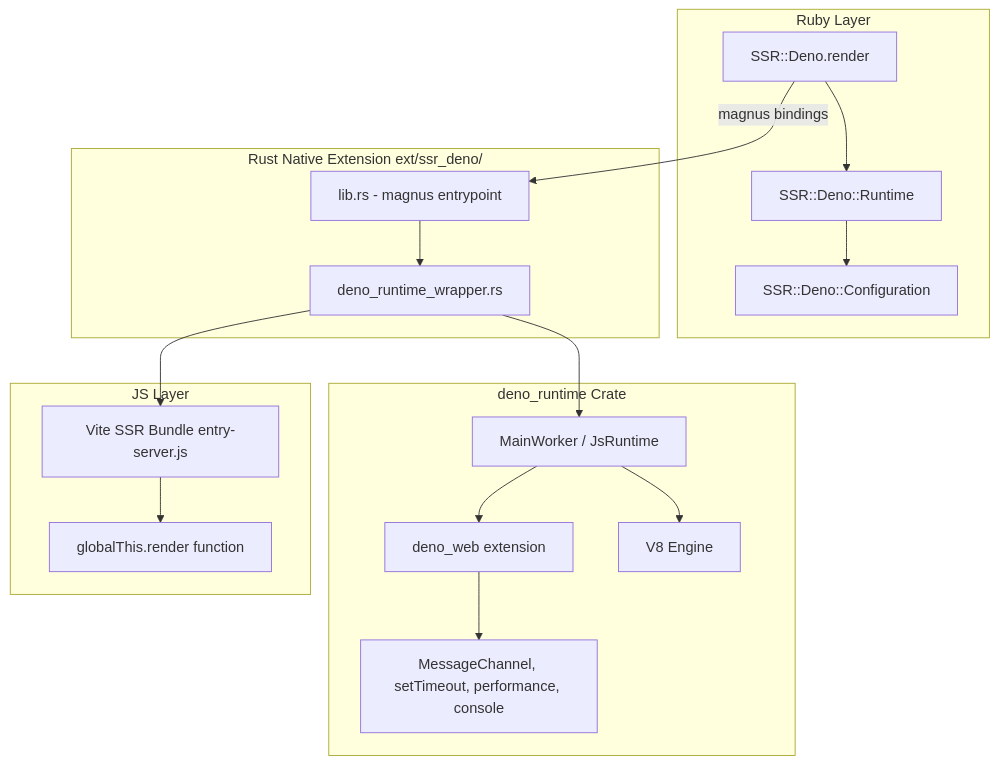
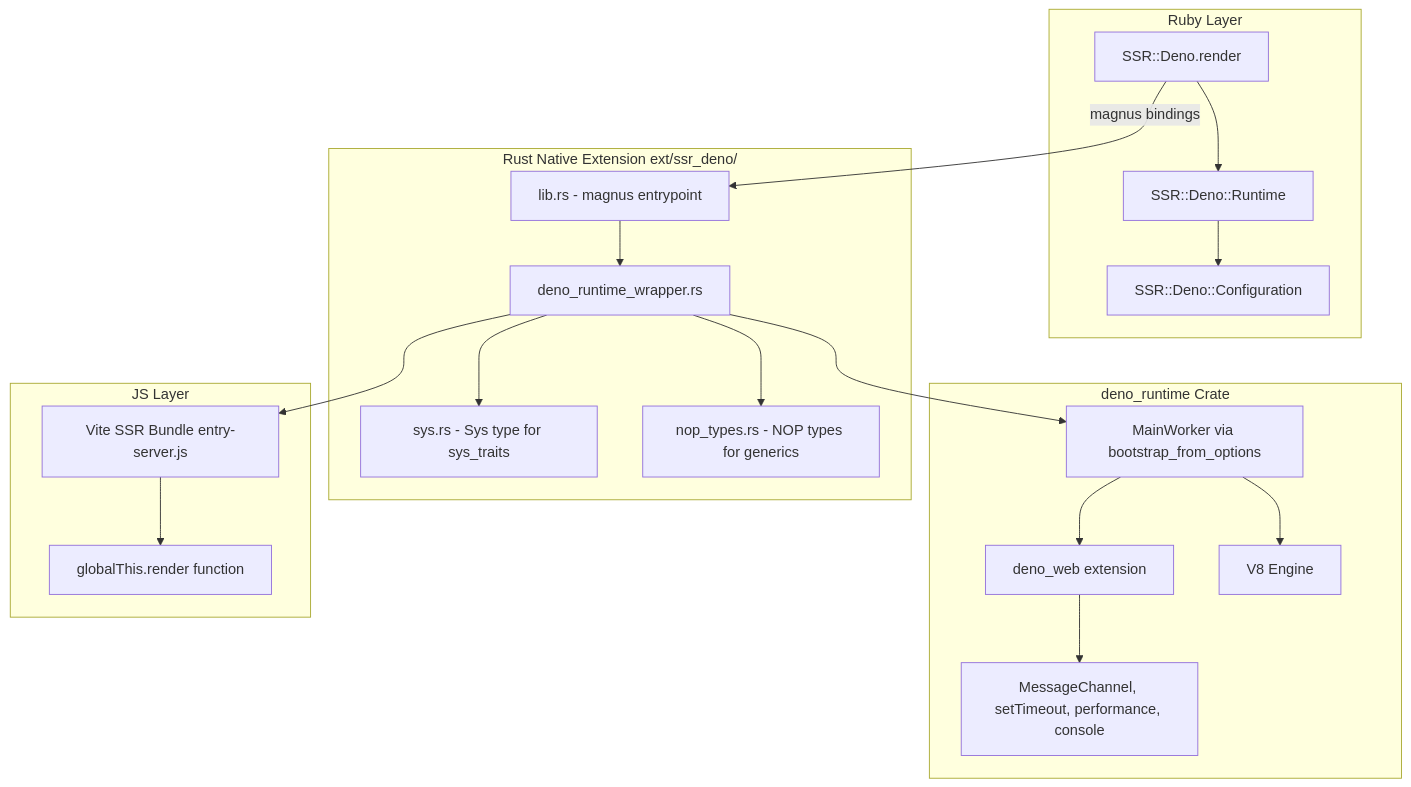
One commit to mdesantis/ssr-deno changed the third of 4 diagrams in plans/architecture.md. Above: the diagram before and after it, drawn with Mermaid. The commit also changed other lines of this file and 1 other file, not shown here.

Commit message:
update plans to reflect MainWorker migration and current architecture

````diff
--- a/plans/architecture.md
+++ b/plans/architecture.md
@@ -52,24 +52,26 @@
 ```mermaid
 flowchart TD
     subgraph Ruby Layer
         R1[SSR::Deno.render] --> R2[SSR::Deno::Runtime]
         R2 --> R3[SSR::Deno::Configuration]
     end
 
     subgraph Rust Native Extension ext/ssr_deno/
         R1 -->|magnus bindings| M1[lib.rs - magnus entrypoint]
         M1 --> M2[deno_runtime_wrapper.rs]
+        M2 --> M3[sys.rs - Sys type for sys_traits]
+        M2 --> M4[nop_types.rs - NOP types for generics]
     end
 
     subgraph deno_runtime Crate
-        M2 --> D1[MainWorker / JsRuntime]
+        M2 --> D1[MainWorker via bootstrap_from_options]
         D1 --> D2[deno_web extension]
         D2 --> D3[MessageChannel, setTimeout, performance, console]
         D1 --> D4[V8 Engine]
     end
 
     subgraph JS Layer
         M2 --> J1[Vite SSR Bundle entry-server.js]
         J1 --> J2[globalThis.render function]
     end
 ```
````
